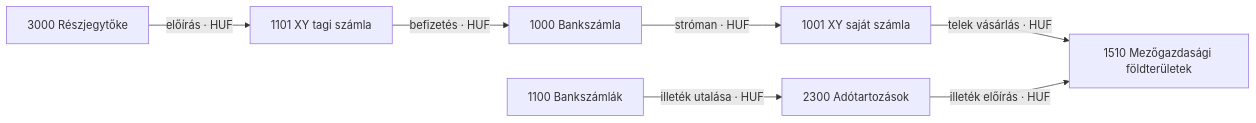
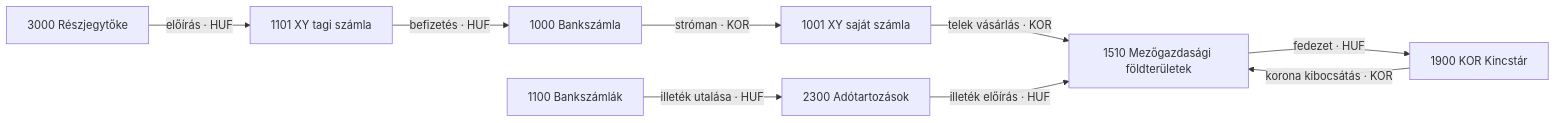
The third of 17 diagrams in docs/transaction-workflow.md (pitiboy/curr), drawn with Mermaid before and after one commit. The commit also changed other lines of this file, not shown here.

Commit message:
fix: tagi flow

````diff
--- a/docs/transaction-workflow.md
+++ b/docs/transaction-workflow.md
@@ -209,17 +211,20 @@
 ```mermaid
 flowchart LR
   t3000["3000 Részjegytőke"]
   t1101["1101 XY tagi számla"]
-  t1000["1000 Bankszámla"]
+  tBank["1000 Bankszámla"]
   t1001["1001 XY saját számla"]
   t1510["1510 Mezőgazdasági földterületek"]
+  t1900["1900 KOR Kincstár"]
   t2300["2300 Adótartozások"]
   t1100["1100 Bankszámlák"]
 
   t3000 -->|"előírás · HUF"| t1101
-  t1101 -->|"befizetés · HUF"| t1000
-  t1000 -->|"stróman · HUF"| t1001
-  t1001 -->|"telek vásárlás · HUF"| t1510
+  t1101 -->|"befizetés · HUF"| tBank
+  tBank -->|"stróman · KOR"| t1001
+  t1001 -->|"telek vásárlás · KOR"| t1510
+  t1510 -->|"fedezet · HUF"| t1900
+  t1900 -->|"korona kibocsátás · KOR"| t1510
   t2300 -->|"illeték előírás · HUF"| t1510
   t1100 -->|"illeték utalása · HUF"| t2300
 ```
````
